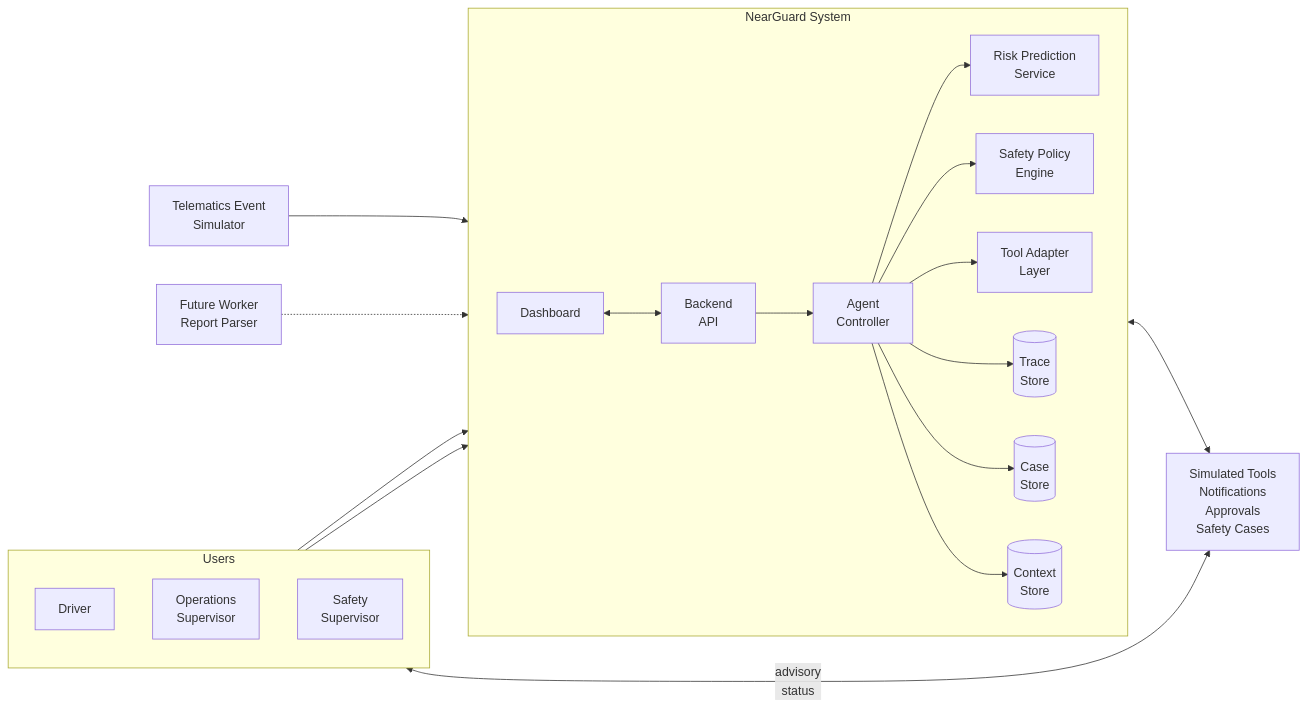
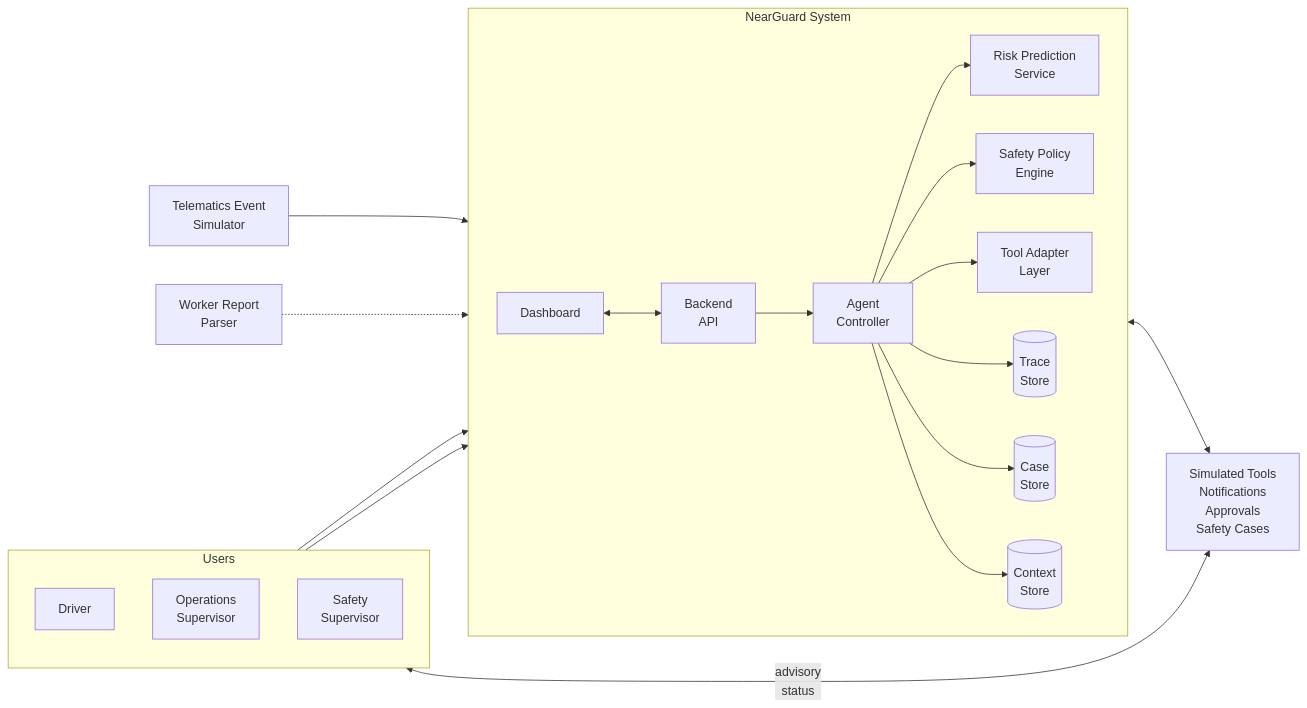
Before and after one commit to juneha1120/nearguard: the second of 5 diagrams in docs/design.md, drawn with Mermaid. The commit also changed other lines of this file and 7 other files, not shown here.

````diff
--- a/docs/design.md
+++ b/docs/design.md
@@ -68,33 +68,33 @@
 ```mermaid
 flowchart LR
     subgraph UserLayer[Users]
         direction TB
         Driver[Driver]
         Ops[Operations<br/>Supervisor]
         Safety[Safety<br/>Supervisor]
     end
 
     subgraph NearGuardSystem[NearGuard System]
         direction LR
         Dashboard[Dashboard] <--> API[Backend<br/>API]
         API --> Agent[Agent<br/>Controller]
         Agent --> Risk[Risk Prediction<br/>Service]
         Agent --> Policy[Safety Policy<br/>Engine]
         Agent --> Tools[Tool Adapter<br/>Layer]
         Agent --> Trace[(Trace<br/>Store)]
         Agent --> CaseStore[(Case<br/>Store)]
         Agent --> Context[(Context<br/>Store)]
     end
 
     Simulator[Telematics Event<br/>Simulator]
-    Reports[Future Worker<br/>Report Parser]
+    Reports[Worker Report<br/>Parser]
     ExternalTools[Simulated Tools<br/>Notifications<br/>Approvals<br/>Safety Cases]
 
     Simulator --> API
     Reports -.-> API
     Tools <--> ExternalTools
 
     Driver <-->|advisory<br/>status| ExternalTools
     Ops --> Dashboard
     Safety --> Dashboard
 ```
````
